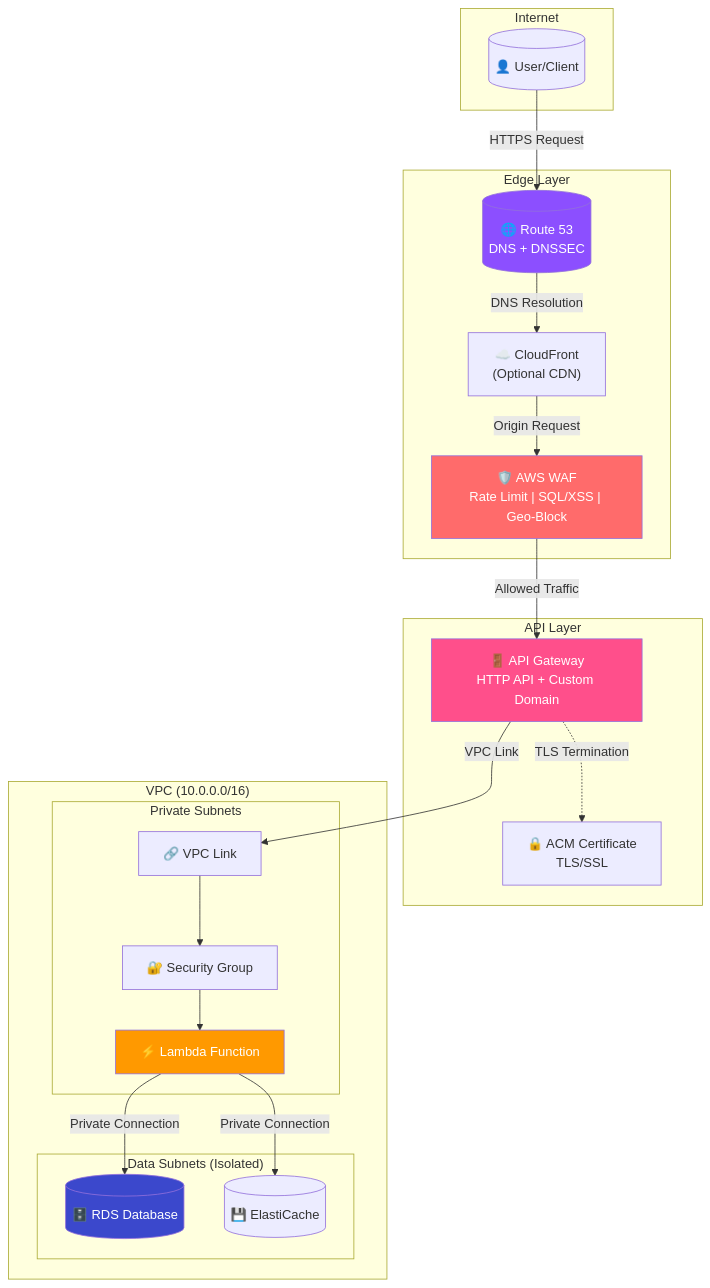
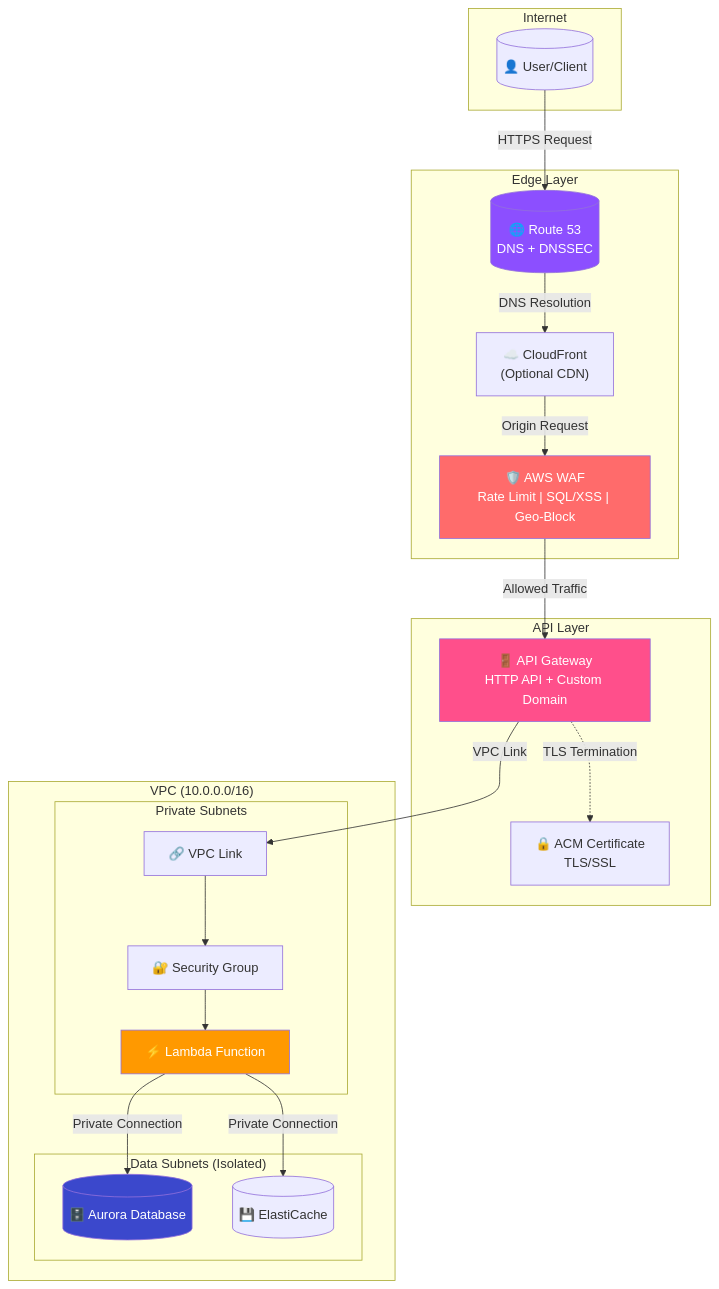
Before and after one commit to NHSDigital/hometest-mgmt-terraform: the first of 5 diagrams in infrastructure/src/network/README.md, drawn with Mermaid. The commit also changed other lines of this file and 13 other files, not shown here.

Commit message:
fix(aurora): Fix references to rds (#28)

````diff
--- a/infrastructure/src/network/README.md
+++ b/infrastructure/src/network/README.md
@@ -9,47 +9,47 @@
 ```mermaid
 flowchart TB
     subgraph Internet
         User[("👤 User/Client")]
     end
 
     subgraph Edge["Edge Layer"]
         R53[("🌐 Route 53<br/>DNS + DNSSEC")]
         CF["☁️ CloudFront<br/>(Optional CDN)"]
         WAF["🛡️ AWS WAF<br/>Rate Limit | SQL/XSS | Geo-Block"]
     end
 
     subgraph API["API Layer"]
         APIGW["🚪 API Gateway<br/>HTTP API + Custom Domain"]
         ACM["🔒 ACM Certificate<br/>TLS/SSL"]
     end
 
     subgraph VPC["VPC (10.0.0.0/16)"]
         subgraph PrivateSubnets["Private Subnets"]
             VPCL["🔗 VPC Link"]
             SG["🔐 Security Group"]
             Lambda["⚡ Lambda Function"]
         end
 
         subgraph DataSubnets["Data Subnets (Isolated)"]
-            RDS[("🗄️ RDS Database")]
+            Aurora[("🗄️ Aurora Database")]
             Redis[("💾 ElastiCache")]
         end
     end
 
     User -->|"HTTPS Request"| R53
     R53 -->|"DNS Resolution"| CF
     CF -->|"Origin Request"| WAF
     WAF -->|"Allowed Traffic"| APIGW
     APIGW -.->|"TLS Termination"| ACM
     APIGW -->|"VPC Link"| VPCL
     VPCL --> SG
     SG --> Lambda
-    Lambda -->|"Private Connection"| RDS
+    Lambda -->|"Private Connection"| Aurora
     Lambda -->|"Private Connection"| Redis
 
     style WAF fill:#ff6b6b,color:#fff
     style Lambda fill:#ff9900,color:#fff
-    style RDS fill:#3b48cc,color:#fff
+    style Aurora fill:#3b48cc,color:#fff
     style R53 fill:#8c4fff,color:#fff
     style APIGW fill:#ff4f8b,color:#fff
 ```
````
